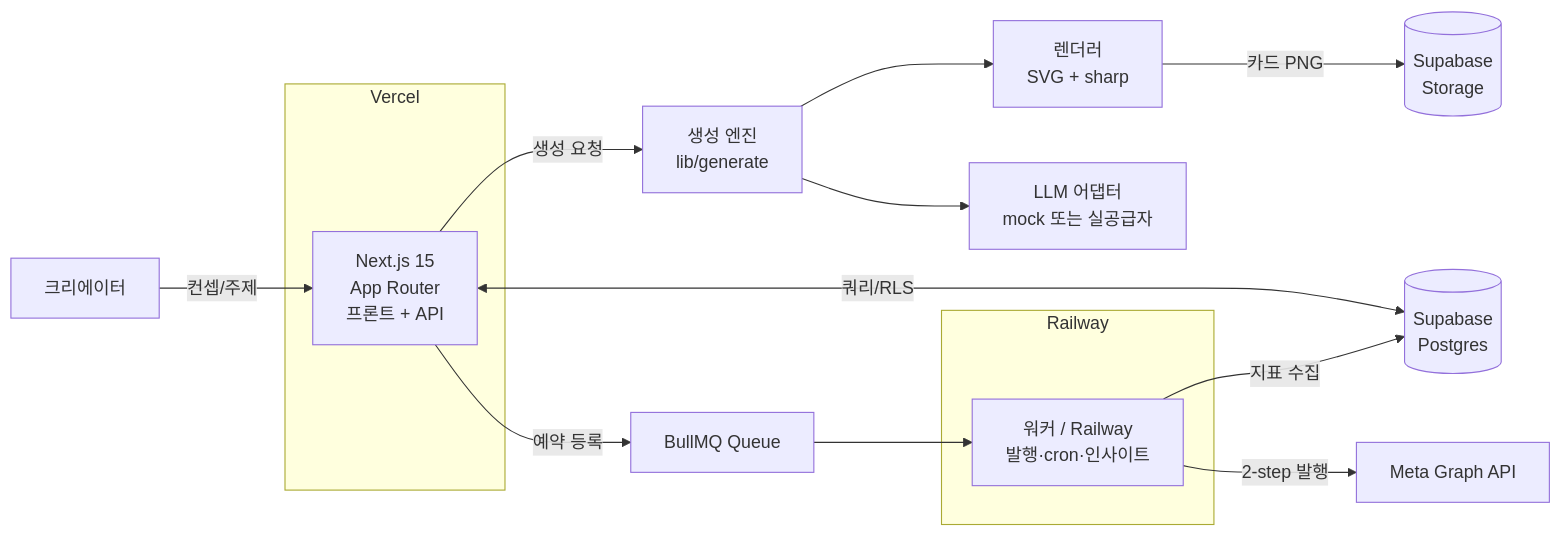
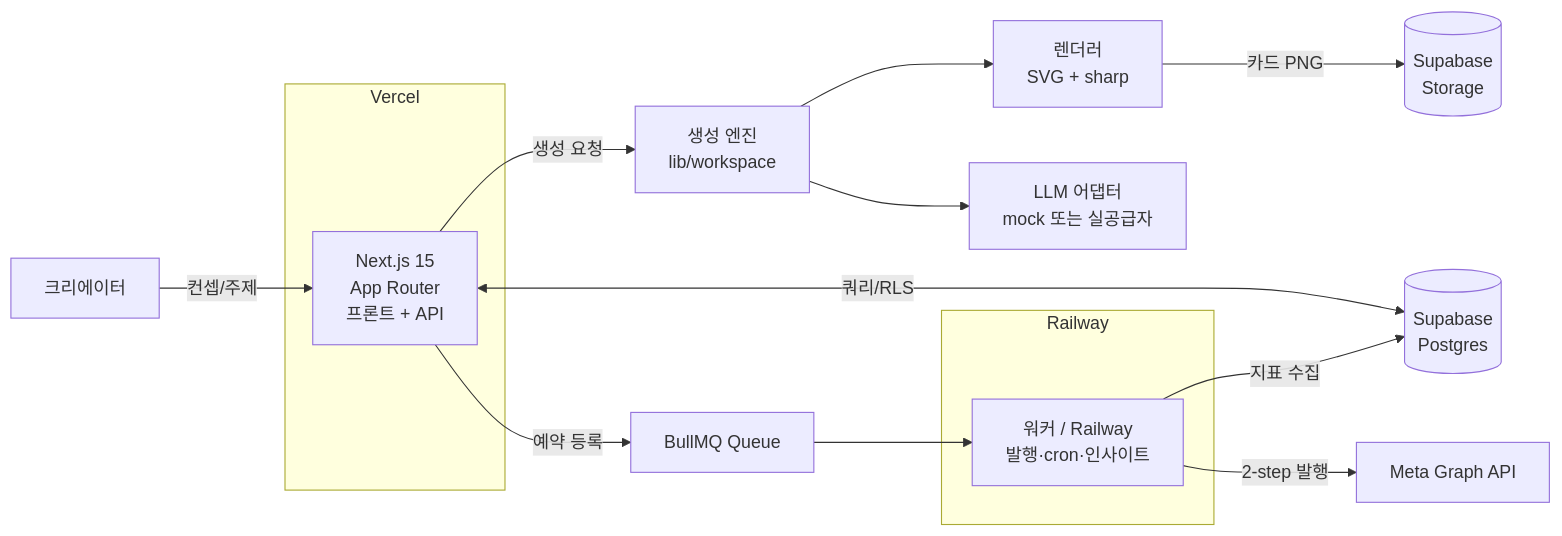
The diagram in README.md (KernelAcademy-AICamp/ai-camp-7th-main-project-gentlemen), drawn with Mermaid before and after one commit. The commit also changed other lines of this file, not shown here.

````diff
--- a/README.md
+++ b/README.md
@@ -114,20 +115,20 @@
 ```mermaid
 flowchart LR
     U[크리에이터] -->|컨셉/주제| FE[Next.js 15<br/>App Router<br/>프론트 + API]
-    FE -->|생성 요청| GEN[생성 엔진<br/>lib/generate]
+    FE -->|생성 요청| GEN[생성 엔진<br/>lib/workspace]
     GEN --> LLM[LLM 어댑터<br/>mock 또는 실공급자]
     GEN --> RENDER[렌더러<br/>SVG + sharp]
     RENDER -->|카드 PNG| STORE[(Supabase<br/>Storage)]
     FE <-->|쿼리/RLS| DB[(Supabase<br/>Postgres)]
     FE -->|예약 등록| Q[BullMQ Queue]
     Q --> W[워커 / Railway<br/>발행·cron·인사이트]
     W -->|2-step 발행| IG[Meta Graph API]
     W -->|지표 수집| DB
 
     subgraph Vercel
         FE
     end
     subgraph Railway
         W
     end
 ```
````
